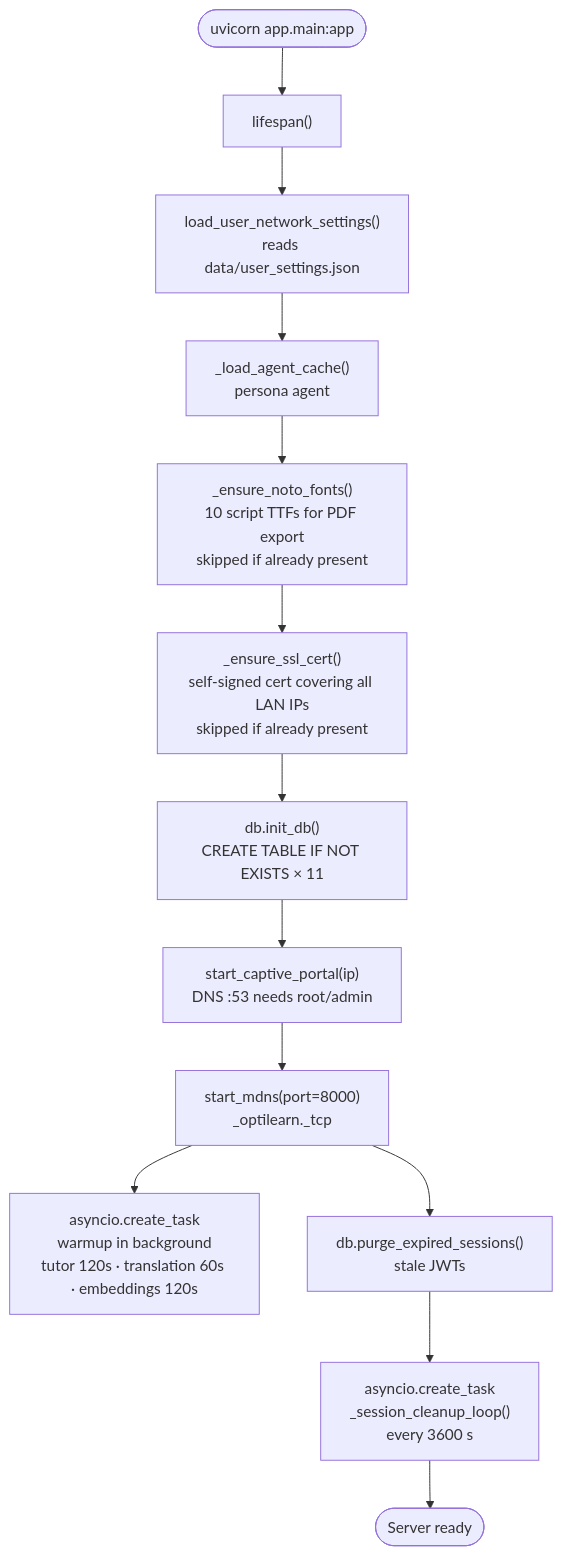
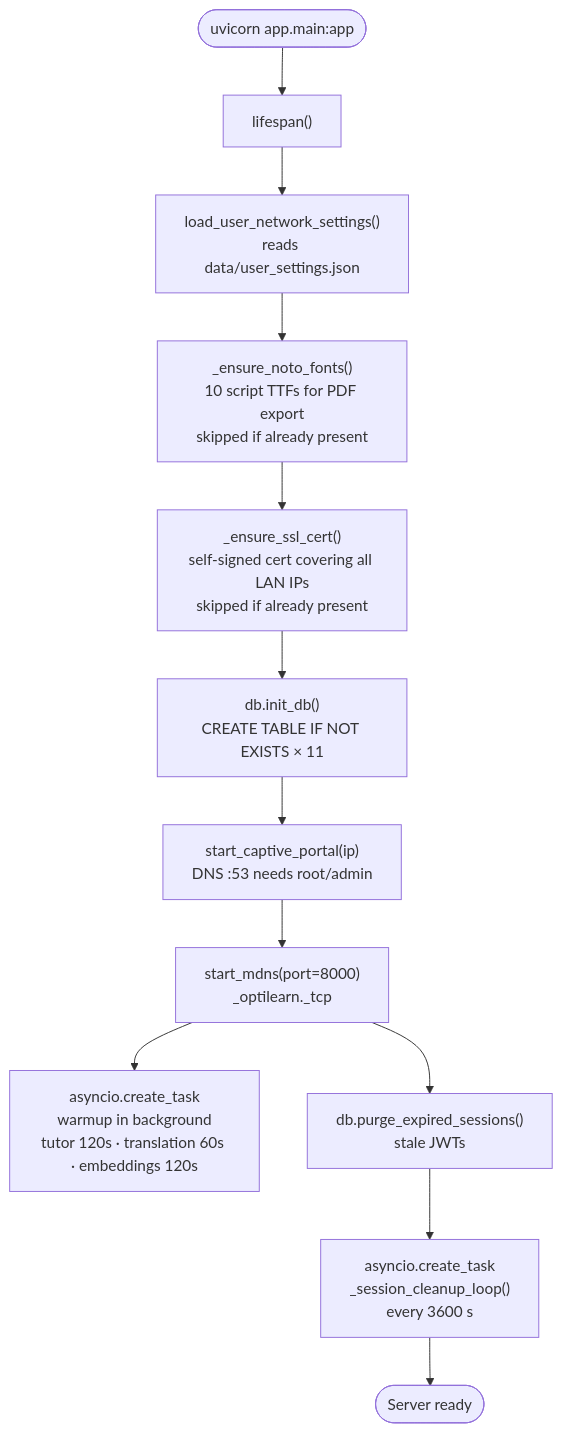
Before and after one commit to Ilakiancs/OptiLearn: the ninth of 10 diagrams in DOCS.md, drawn with Mermaid. The commit also changed other lines of this file, not shown here.

Commit message:
Update DOCS.md with desktop layer, ENV_FILE fix, email column, corrected startup sequence

````diff
--- a/DOCS.md
+++ b/DOCS.md
@@ -454,16 +509,15 @@
 ```mermaid
 flowchart TD
     UV(["uvicorn app.main:app"]) --> LS["lifespan()"]
 
     LS --> A["load_user_network_settings()\nreads data/user_settings.json"]
-    A --> B["_load_agent_cache()\npersona agent"]
-    B --> C["_ensure_noto_fonts()\n10 script TTFs for PDF export\nskipped if already present"]
+    A --> C["_ensure_noto_fonts()\n10 script TTFs for PDF export\nskipped if already present"]
     C --> D["_ensure_ssl_cert()\nself-signed cert covering all LAN IPs\nskipped if already present"]
     D --> E["db.init_db()\nCREATE TABLE IF NOT EXISTS × 11"]
     E --> F["start_captive_portal(ip)\nDNS :53  needs root/admin"]
     F --> G["start_mdns(port=8000)\n_optilearn._tcp"]
     G --> H["asyncio.create_task\nwarmup in background\ntutor 120s · translation 60s · embeddings 120s"]
     G --> I["db.purge_expired_sessions()\nstale JWTs"]
     I --> J["asyncio.create_task\n_session_cleanup_loop()\nevery 3600 s"]
     J --> READY(["Server ready"])
 ```
````
